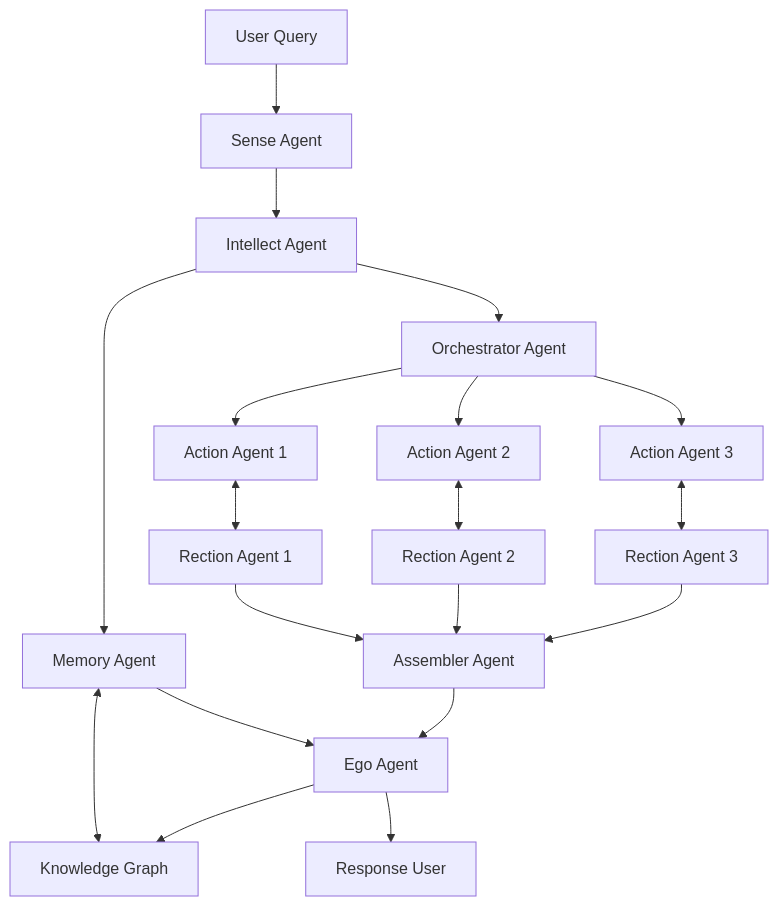
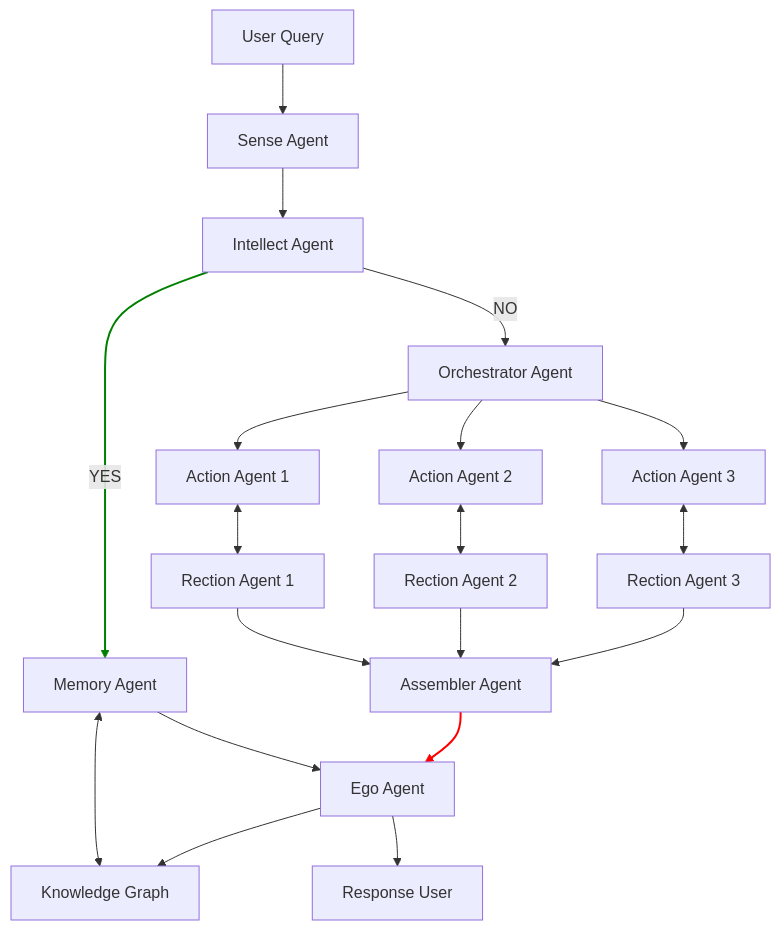
One commit to Mindverse-Computing/algoverse changed the diagram in README.md. Above: the diagram before and after it, drawn with Mermaid. The commit also changed other lines of this file, not shown here.

````diff
--- a/README.md
+++ b/README.md
@@ -78,21 +78,25 @@
 ```mermaid
 graph TD
   A[User Query] --> S[Sense Agent]
   S --> I[Intellect Agent]
-  I --> M[Memory Agent]
+  I --YES--> M[Memory Agent]
   M <--> G[Knowledge Graph]
   M --> E[Ego Agent]
-  I --> O[Orchestrator Agent]
+  I --NO--> O[Orchestrator Agent]
   O --> A1[Action Agent 1]
   O --> A2[Action Agent 2]
   O --> A3[Action Agent 3]
   A1 <--> R1[Rection Agent 1]
   A2 <--> R2[Rection Agent 2]
   A3 <--> R3[Rection Agent 3]
   R1 --> AA[Assembler Agent]
   R2 --> AA[Assembler Agent]
   R3 --> AA[Assembler Agent]
   AA --> E[Ego Agent]
   E --> G[Knowledge Graph]
   E --> U[Response User]
+
+  %% Styling links
+  linkStyle 2 stroke:green,stroke-width:2px
+  linkStyle 15 stroke:red,stroke-width:2px
 ```
````
